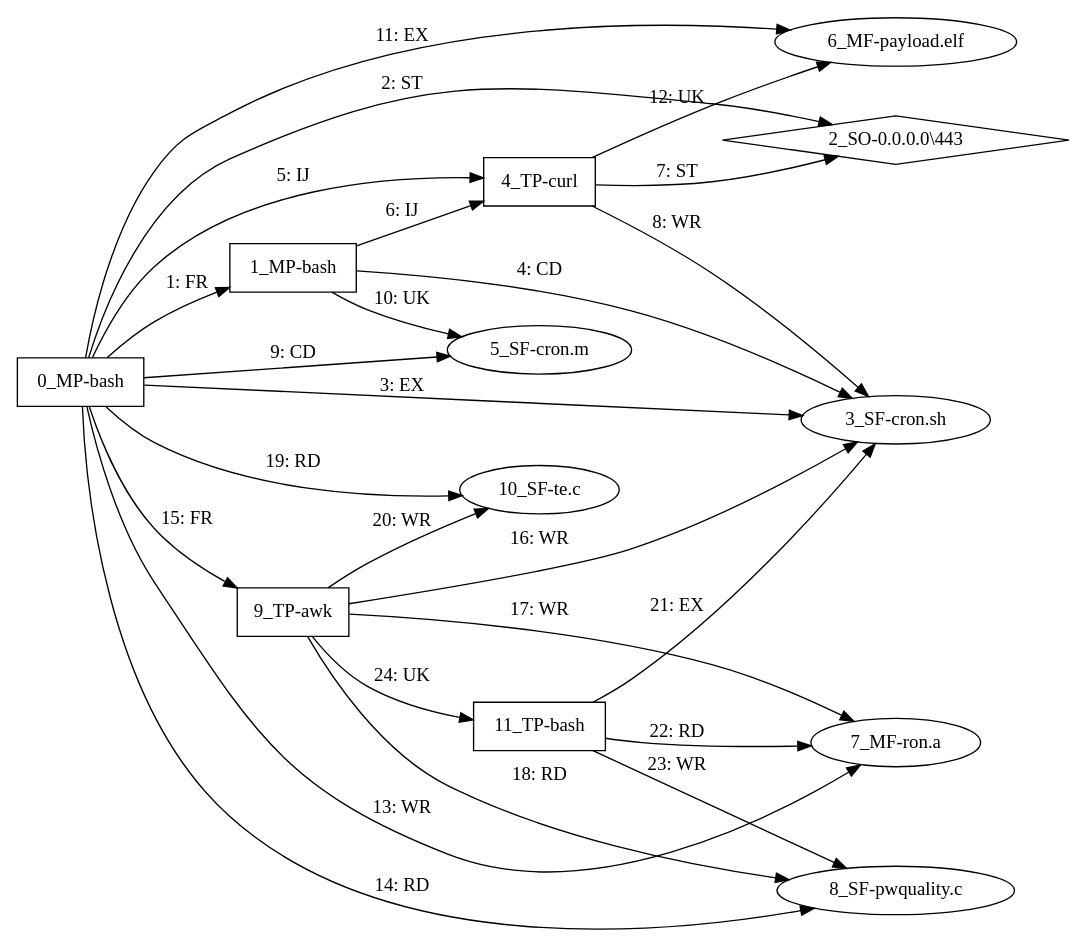
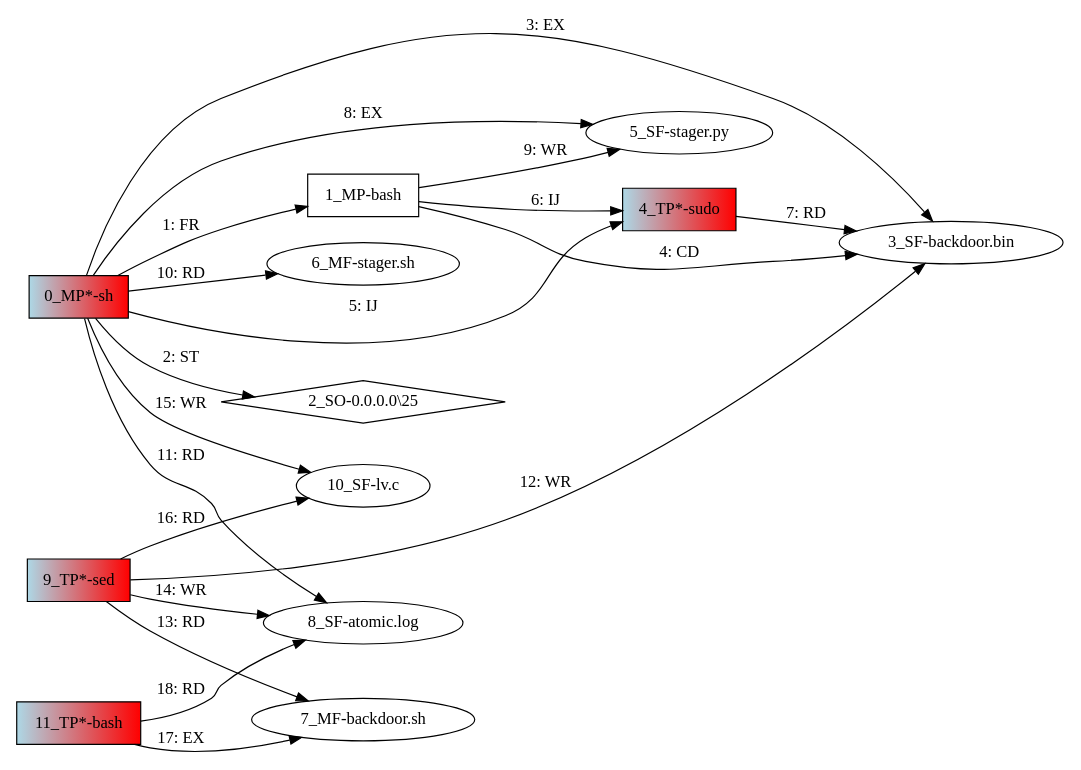
The diagram in TAGAPT_generated_samples/result-visualization/1.dot (davit0308/DACN), drawn with Graphviz before and after one commit. The commit also changed 8 other files, not shown here.

Commit message:
feat: add flow analysis scripts and visualization utilities for TAGAPT data processing

```diff
--- a/TAGAPT_generated_samples/result-visualization/1.dot
+++ b/TAGAPT_generated_samples/result-visualization/1.dot
@@ -1,38 +1,32 @@
 digraph "/kaggle/working/TAGAPT_Run/result-visualization/1.dot" {
-rankdir="LR"size="9"fixedsize="false"splines="true"nodesep=0.3ranksep=0fontsize=10overlap="scalexy"engine= "neato"	"0_MP-bash" [shape=rectangle]
+rankdir="LR"size="9"fixedsize="false"splines="true"nodesep=0.3ranksep=0fontsize=10overlap="scalexy"engine= "neato"	"0_MP*-sh" [fillcolor="lightblue:red" shape=rectangle style=filled]
 	"1_MP-bash" [shape=rectangle]
-	"2_SO-0.0.0.0\\443" [shape=diamond]
-	"3_SF-cron.sh" [shape=ellipse]
-	"4_TP-curl" [shape=rectangle]
-	"5_SF-cron.m" [shape=ellipse]
-	"6_MF-payload.elf" [shape=ellipse]
-	"7_MF-ron.a" [shape=ellipse]
-	"8_SF-pwquality.c" [shape=ellipse]
-	"9_TP-awk" [shape=rectangle]
-	"10_SF-te.c" [shape=ellipse]
-	"11_TP-bash" [shape=rectangle]
-	"0_MP-bash" -> "1_MP-bash" [label="1: FR"]
-	"0_MP-bash" -> "2_SO-0.0.0.0\\443" [label="2: ST"]
-	"0_MP-bash" -> "3_SF-cron.sh" [label="3: EX"]
-	"1_MP-bash" -> "3_SF-cron.sh" [label="4: CD"]
-	"0_MP-bash" -> "4_TP-curl" [label="5: IJ"]
-	"1_MP-bash" -> "4_TP-curl" [label="6: IJ"]
-	"4_TP-curl" -> "2_SO-0.0.0.0\\443" [label="7: ST"]
-	"4_TP-curl" -> "3_SF-cron.sh" [label="8: WR"]
-	"0_MP-bash" -> "5_SF-cron.m" [label="9: CD"]
-	"1_MP-bash" -> "5_SF-cron.m" [label="10: UK"]
-	"0_MP-bash" -> "6_MF-payload.elf" [label="11: EX"]
-	"4_TP-curl" -> "6_MF-payload.elf" [label="12: UK"]
-	"0_MP-bash" -> "7_MF-ron.a" [label="13: WR"]
-	"0_MP-bash" -> "8_SF-pwquality.c" [label="14: RD"]
-	"0_MP-bash" -> "9_TP-awk" [label="15: FR"]
-	"9_TP-awk" -> "3_SF-cron.sh" [label="16: WR"]
-	"9_TP-awk" -> "7_MF-ron.a" [label="17: WR"]
-	"9_TP-awk" -> "8_SF-pwquality.c" [label="18: RD"]
-	"0_MP-bash" -> "10_SF-te.c" [label="19: RD"]
-	"9_TP-awk" -> "10_SF-te.c" [label="20: WR"]
-	"11_TP-bash" -> "3_SF-cron.sh" [label="21: EX"]
-	"11_TP-bash" -> "7_MF-ron.a" [label="22: RD"]
-	"11_TP-bash" -> "8_SF-pwquality.c" [label="23: WR"]
-	"9_TP-awk" -> "11_TP-bash" [label="24: UK"]
+	"2_SO-0.0.0.0\\25" [shape=diamond]
+	"3_SF-backdoor.bin" [shape=ellipse]
+	"4_TP*-sudo" [fillcolor="lightblue:red" shape=rectangle style=filled]
+	"5_SF-stager.py" [shape=ellipse]
+	"6_MF-stager.sh" [shape=ellipse]
+	"7_MF-backdoor.sh" [shape=ellipse]
+	"8_SF-atomic.log" [shape=ellipse]
+	"9_TP*-sed" [fillcolor="lightblue:red" shape=rectangle style=filled]
+	"10_SF-lv.c" [shape=ellipse]
+	"11_TP*-bash" [fillcolor="lightblue:red" shape=rectangle style=filled]
+	"0_MP*-sh" -> "1_MP-bash" [label="1: FR"]
+	"0_MP*-sh" -> "2_SO-0.0.0.0\\25" [label="2: ST"]
+	"0_MP*-sh" -> "3_SF-backdoor.bin" [label="3: EX"]
+	"1_MP-bash" -> "3_SF-backdoor.bin" [label="4: CD"]
+	"0_MP*-sh" -> "4_TP*-sudo" [label="5: IJ"]
+	"1_MP-bash" -> "4_TP*-sudo" [label="6: IJ"]
+	"4_TP*-sudo" -> "3_SF-backdoor.bin" [label="7: RD"]
+	"0_MP*-sh" -> "5_SF-stager.py" [label="8: EX"]
+	"1_MP-bash" -> "5_SF-stager.py" [label="9: WR"]
+	"0_MP*-sh" -> "6_MF-stager.sh" [label="10: RD"]
+	"0_MP*-sh" -> "8_SF-atomic.log" [label="11: RD"]
+	"9_TP*-sed" -> "3_SF-backdoor.bin" [label="12: WR"]
+	"9_TP*-sed" -> "7_MF-backdoor.sh" [label="13: RD"]
+	"9_TP*-sed" -> "8_SF-atomic.log" [label="14: WR"]
+	"0_MP*-sh" -> "10_SF-lv.c" [label="15: WR"]
+	"9_TP*-sed" -> "10_SF-lv.c" [label="16: RD"]
+	"11_TP*-bash" -> "7_MF-backdoor.sh" [label="17: EX"]
+	"11_TP*-bash" -> "8_SF-atomic.log" [label="18: RD"]
 }
```
